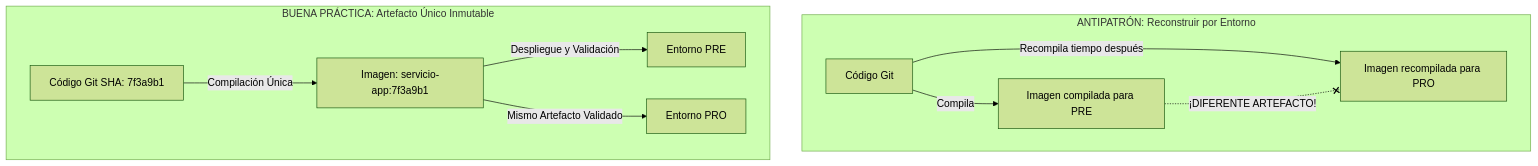
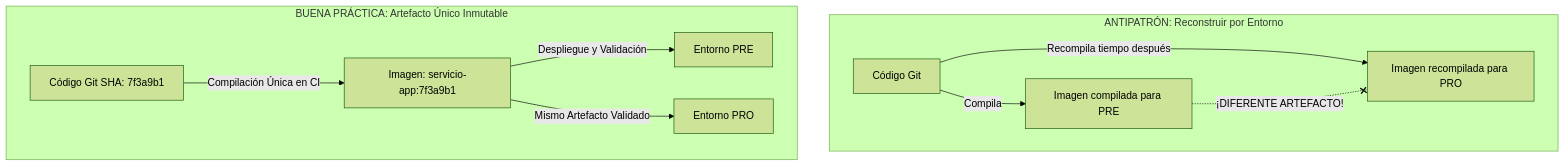
One commit to ieftraining/curso-openshift changed the sixth of 7 diagrams in docs/sesion4/4.7 Opciones de automatizacion.md. Above: the diagram before and after it, drawn with Mermaid (forest theme). The commit also changed other lines of this file, not shown here.

````diff
--- a/docs/sesion4/4.7 Opciones de automatizacion.md
+++ b/docs/sesion4/4.7 Opciones de automatizacion.md
@@ -158,14 +168,14 @@
 ```mermaid
 flowchart TD
     subgraph ANTIPATRÓN: Reconstruir por Entorno
         Code1[Código Git] -->|Compila| ImgPRE[Imagen compilada para PRE]
         Code1 -->|Recompila tiempo después| ImgPRO[Imagen recompilada para PRO]
         ImgPRE -.-x|¡DIFERENTE ARTEFACTO!| ImgPRO
     end
 
     subgraph BUENA PRÁCTICA: Artefacto Único Inmutable
-        Code2[Código Git SHA: 7f3a9b1] -->|Compilación Única| SingleImg[Imagen: servicio-app:7f3a9b1]
+        Code2[Código Git SHA: 7f3a9b1] -->|Compilación Única en CI| SingleImg[Imagen: servicio-app:7f3a9b1]
         SingleImg -->|Despliegue y Validación| EnvPRE[Entorno PRE]
         SingleImg -->|Mismo Artefacto Validado| EnvPRO[Entorno PRO]
     end
 ```
````
